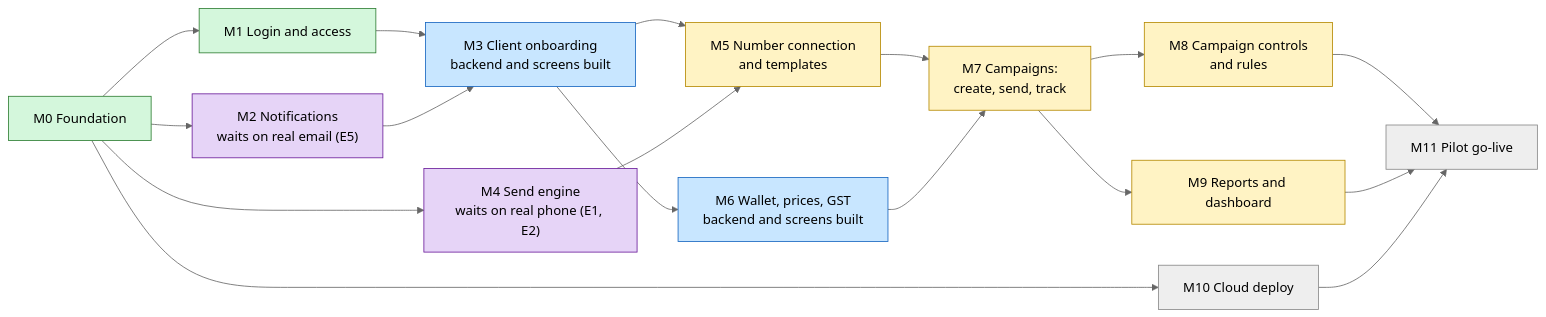
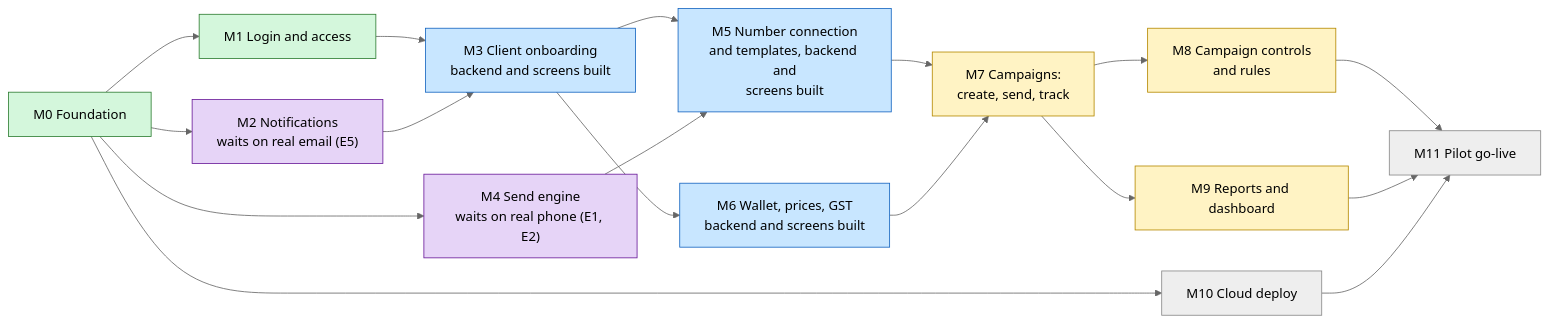
The diagram in docs/project-tracker.md (reaplift/reaplift-bsp), drawn with Mermaid (neutral theme) before and after one commit. The commit also changed other lines of this file and 35 other files, not shown here.

````diff
--- a/docs/project-tracker.md
+++ b/docs/project-tracker.md
@@ -19,38 +19,38 @@
 ```mermaid
 flowchart LR
   M0["M0 Foundation"]:::done
   M1["M1 Login and access"]:::done
   M2["M2 Notifications<br/>waits on real email (E5)"]:::waiting
   M3["M3 Client onboarding<br/>backend and screens built"]:::review
   M4["M4 Send engine<br/>waits on real phone (E1, E2)"]:::waiting
-  M5["M5 Number connection<br/>and templates"]:::backend
+  M5["M5 Number connection<br/>and templates, backend and<br/>screens built"]:::review
   M6["M6 Wallet, prices, GST<br/>backend and screens built"]:::review
   M7["M7 Campaigns:<br/>create, send, track"]:::backend
   M8["M8 Campaign controls<br/>and rules"]:::backend
   M9["M9 Reports and dashboard"]:::backend
   M10["M10 Cloud deploy"]:::todo
   M11["M11 Pilot go-live"]:::todo
 
   M0 --> M1
   M0 --> M2
   M0 --> M4
   M0 --> M10
   M1 --> M3
   M2 --> M3
   M3 --> M5
   M4 --> M5
   M3 --> M6
   M5 --> M7
   M6 --> M7
   M7 --> M8
   M7 --> M9
   M8 --> M11
   M9 --> M11
   M10 --> M11
 
   classDef done fill:#d4f7dc,stroke:#2e7d32,color:#000
   classDef review fill:#c8e6ff,stroke:#1565c0,color:#000
   classDef waiting fill:#e6d4f7,stroke:#6a1b9a,color:#000
   classDef backend fill:#fff3c4,stroke:#b58900,color:#000
   classDef todo fill:#eeeeee,stroke:#888,color:#000
 ```
````
